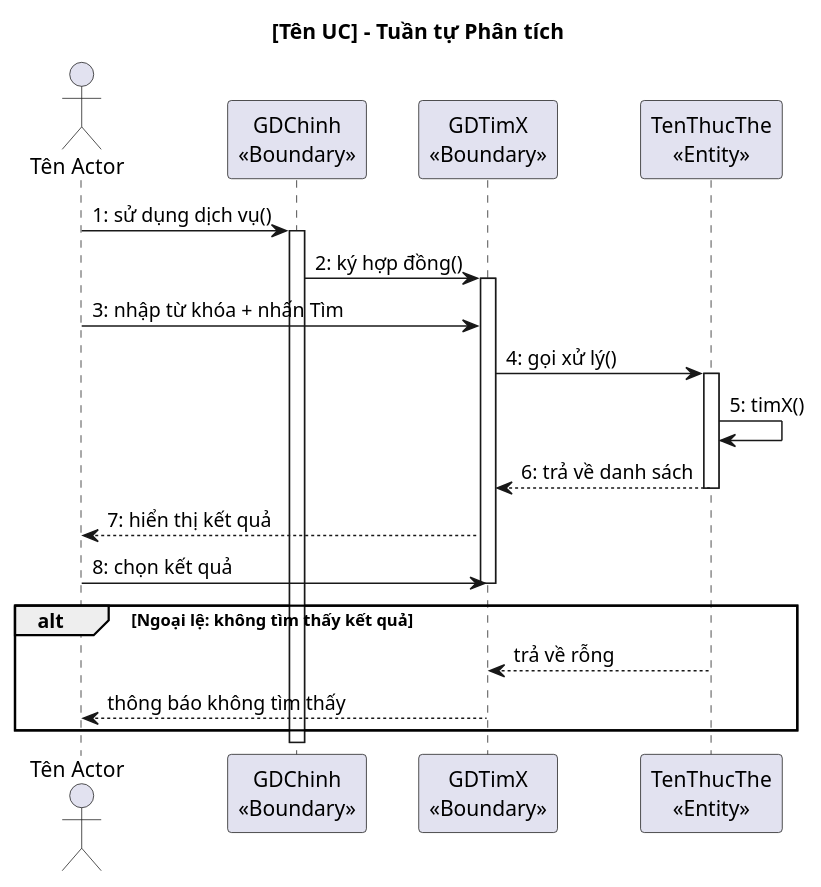
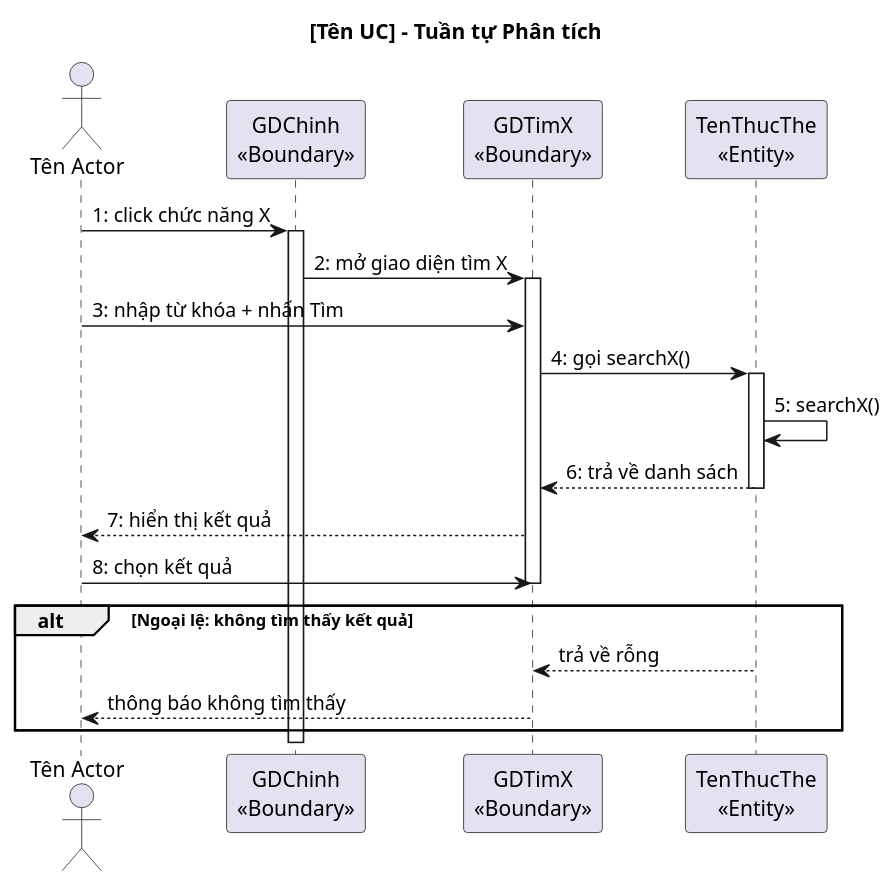
The diagram in .claude/skills/cnpm/references/ii.4_tuantu_phantich.md (thanhtrnnn/cnpm), drawn with PlantUML before and after one commit. The commit also changed other lines of this file and 14 other files, not shown here.

First line of the commit message:
skill: sync sequence diagram conventions — English method names in analysis

````diff
--- a/.claude/skills/cnpm/references/ii.4_tuantu_phantich.md
+++ b/.claude/skills/cnpm/references/ii.4_tuantu_phantich.md
@@ -45,29 +45,29 @@
 ```plantuml
 @startuml
 title [Tên UC] – Tuần tự Phân tích
 
 actor "Tên Actor" as Actor
 participant "GDChinh\n<<Boundary>>" as B0
 participant "GDTimX\n<<Boundary>>" as B1
 participant "TenThucThe\n<<Entity>>" as E
 
-Actor -> B0 : 1: sử dụng dịch vụ()
+Actor -> B0 : 1: click chức năng X
 activate B0
-B0 -> B1 : 2: ký hợp đồng()
+B0 -> B1 : 2: mở giao diện tìm X
 activate B1
 Actor -> B1 : 3: nhập từ khóa + nhấn Tìm
-B1 -> E : 4: gọi xử lý()
+B1 -> E : 4: gọi searchX()
 activate E
-E -> E : 5: timX()
+E -> E : 5: searchX()
 E --> B1 : 6: trả về danh sách
 deactivate E
 B1 --> Actor : 7: hiển thị kết quả
 Actor -> B1 : 8: chọn kết quả
 deactivate B1
 
 alt Ngoại lệ: không tìm thấy kết quả
   E --> B1 : trả về rỗng
   B1 --> Actor : thông báo không tìm thấy
 end
 @enduml
 ```
````
